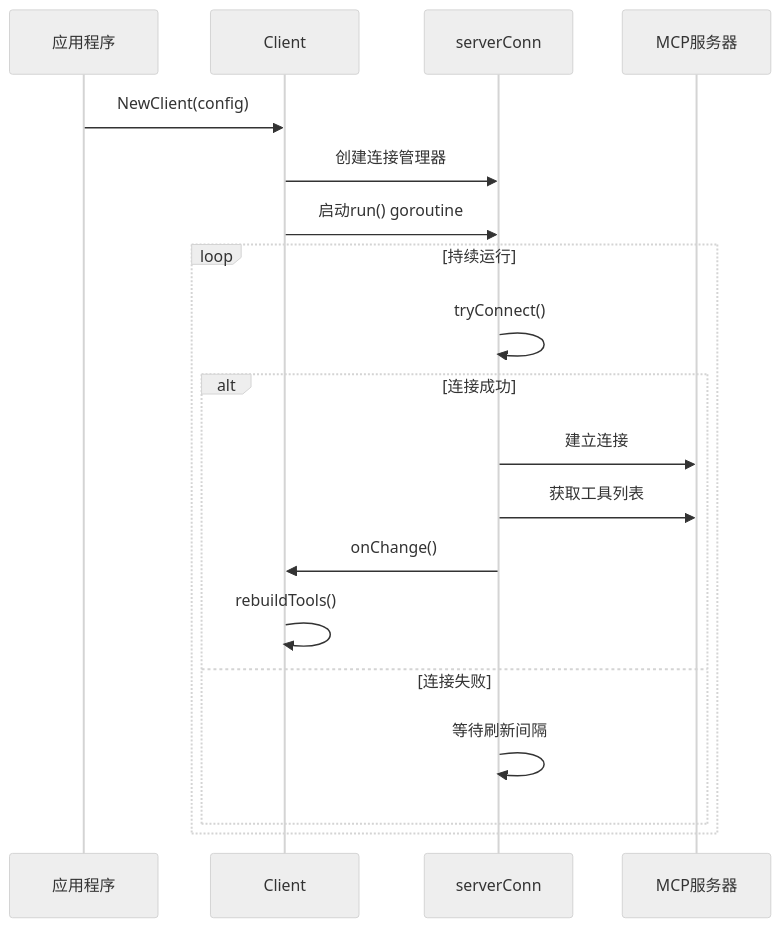
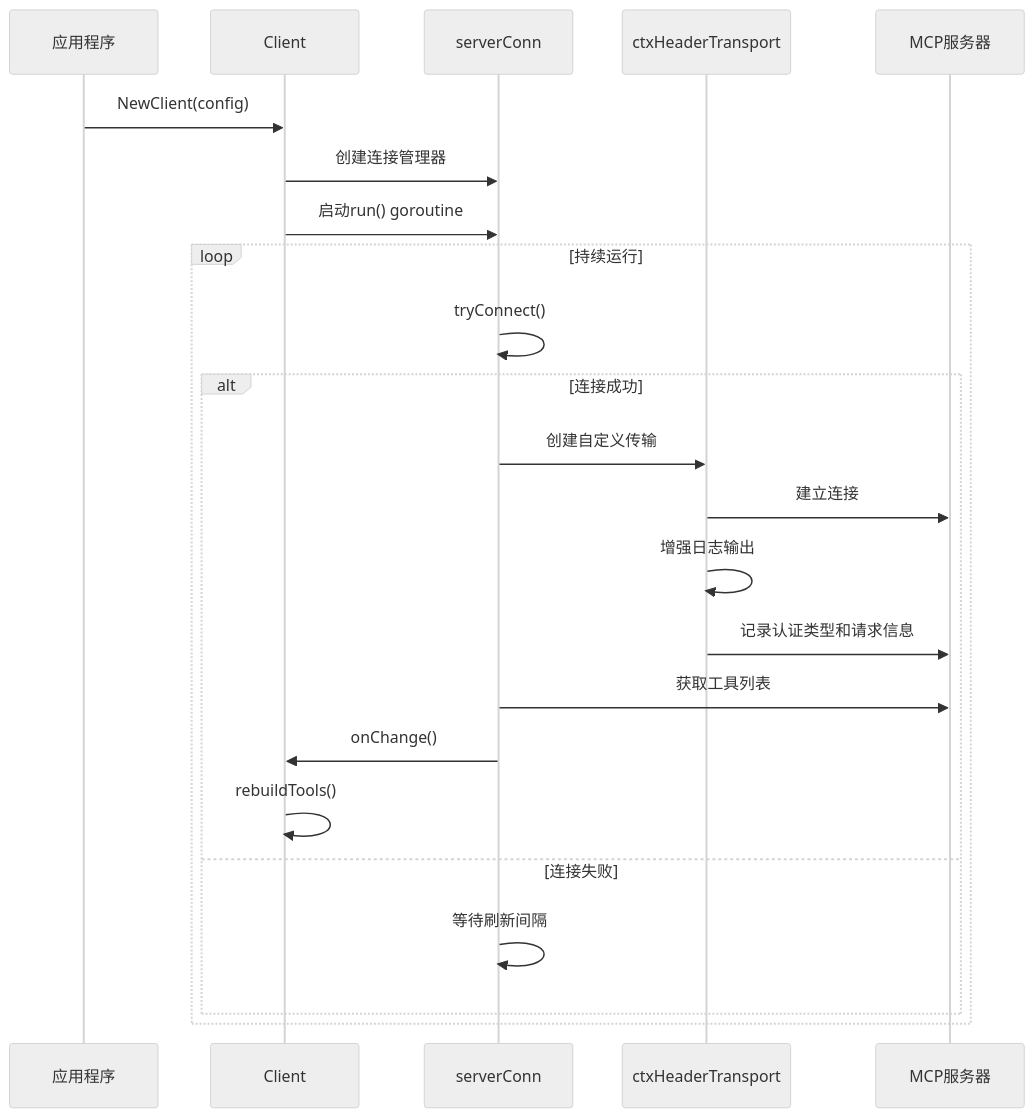
The fourth of 19 diagrams in .qoder/repowiki/zh/content/核心服务详解/Mcpx客户端包.md (maomao94/zero-service), drawn with Mermaid (neutral theme) before and after one commit. The commit also changed other lines of this file and 11 other files, not shown here.

````diff
--- a/.qoder/repowiki/zh/content/核心服务详解/Mcpx客户端包.md
+++ b/.qoder/repowiki/zh/content/核心服务详解/Mcpx客户端包.md
@@ -254,21 +282,25 @@
 ```mermaid
 sequenceDiagram
 participant App as 应用程序
 participant Client as Client
 participant Conn as serverConn
+participant Transport as ctxHeaderTransport
 participant MCP as MCP服务器
 App->>Client : NewClient(config)
 Client->>Conn : 创建连接管理器
 Client->>Conn : 启动run() goroutine
 loop 持续运行
 Conn->>Conn : tryConnect()
 alt 连接成功
-Conn->>MCP : 建立连接
+Conn->>Transport : 创建自定义传输
+Transport->>MCP : 建立连接
+Transport->>Transport : 增强日志输出
+Transport->>MCP : 记录认证类型和请求信息
 Conn->>MCP : 获取工具列表
 Conn->>Client : onChange()
 Client->>Client : rebuildTools()
 else 连接失败
 Conn->>Conn : 等待刷新间隔
 end
 end
 ```
````
